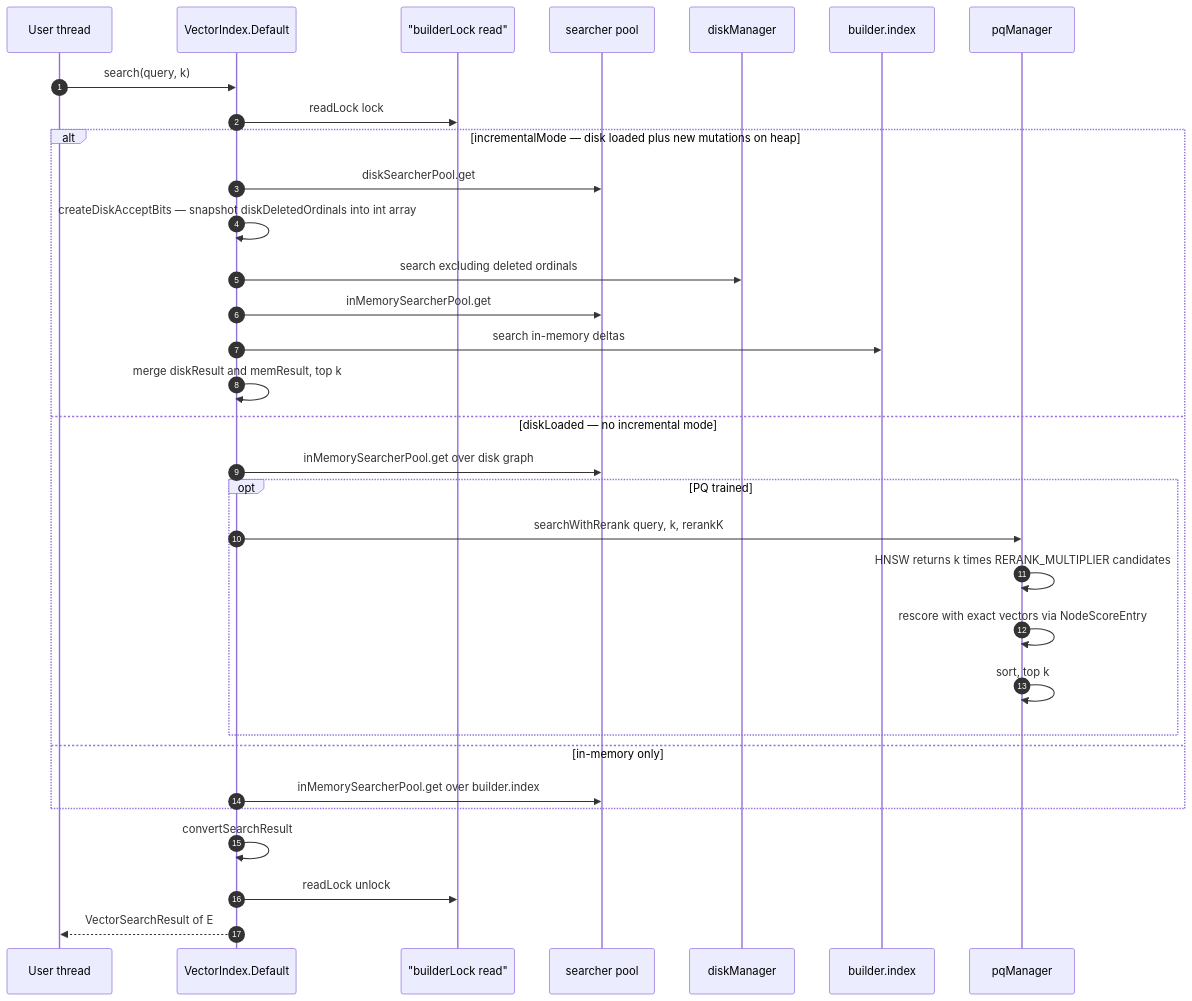
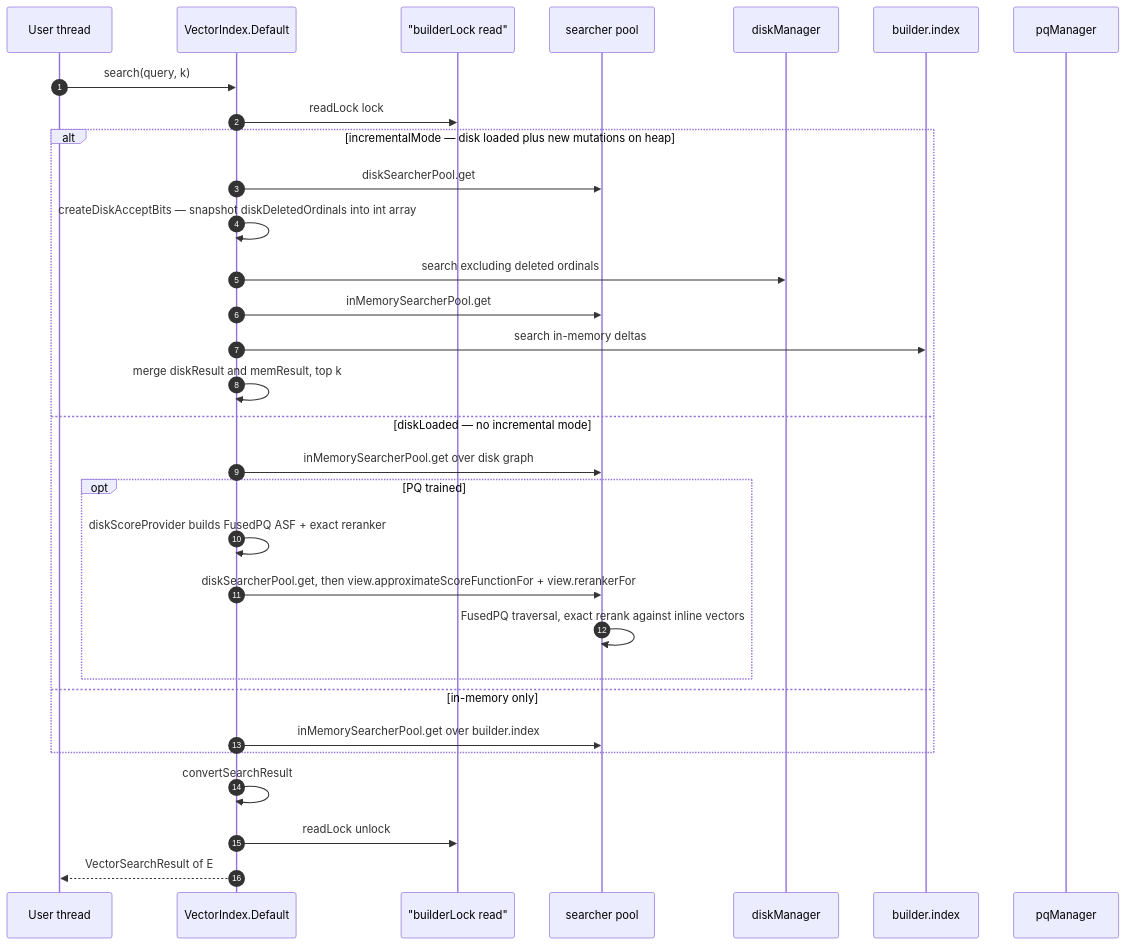
One commit to eclipse-store/store changed the sixth of 10 diagrams in gigamap/jvector/ARCHITECTURE.md. Above: the diagram before and after it, drawn with Mermaid. The commit also changed other lines of this file and 16 other files, not shown here.

````diff
--- a/gigamap/jvector/ARCHITECTURE.md
+++ b/gigamap/jvector/ARCHITECTURE.md
@@ -443,35 +442,34 @@
 ```mermaid
 sequenceDiagram
     autonumber
     participant U as User thread
     participant VI as VectorIndex.Default
     participant L as "builderLock read"
     participant Sp as searcher pool
     participant DIM as diskManager
     participant Bx as builder.index
     participant PQM as pqManager
 
     U->>VI: search(query, k)
     VI->>L: readLock lock
     alt incrementalMode — disk loaded plus new mutations on heap
         VI->>Sp: diskSearcherPool.get
         VI->>VI: createDiskAcceptBits — snapshot diskDeletedOrdinals into int array
         VI->>DIM: search excluding deleted ordinals
         VI->>Sp: inMemorySearcherPool.get
         VI->>Bx: search in-memory deltas
         VI->>VI: merge diskResult and memResult, top k
     else diskLoaded — no incremental mode
         VI->>Sp: inMemorySearcherPool.get over disk graph
         opt PQ trained
-            VI->>PQM: searchWithRerank query, k, rerankK
-            PQM->>PQM: HNSW returns k times RERANK_MULTIPLIER candidates
-            PQM->>PQM: rescore with exact vectors via NodeScoreEntry
-            PQM->>PQM: sort, top k
+            VI->>VI: diskScoreProvider builds FusedPQ ASF + exact reranker
+            VI->>Sp: diskSearcherPool.get, then view.approximateScoreFunctionFor + view.rerankerFor
+            Sp->>Sp: FusedPQ traversal, exact rerank against inline vectors
         end
     else in-memory only
         VI->>Sp: inMemorySearcherPool.get over builder.index
     end
     VI->>VI: convertSearchResult
     VI->>L: readLock unlock
     VI-->>U: VectorSearchResult of E
 ```
````
